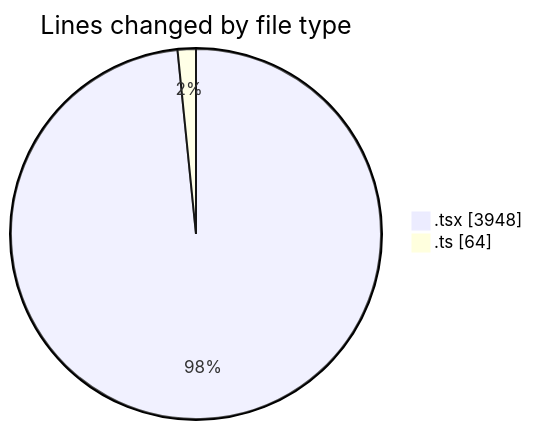
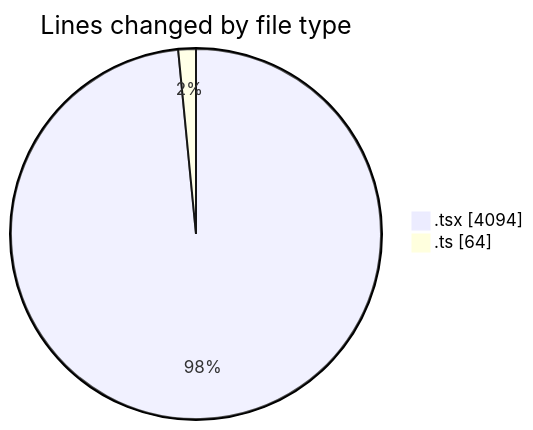
One commit to nxtqubesakshisongat/code-tracking changed the first of 2 diagrams in 2026-04-09/airfeed-analytics-dashboard/README.md. Above: the diagram before and after it, drawn with Mermaid. The commit also changed other lines of this file and 1 other file, not shown here.

````diff
--- a/2026-04-09/airfeed-analytics-dashboard/README.md
+++ b/2026-04-09/airfeed-analytics-dashboard/README.md
@@ -34,6 +35,6 @@
 ```mermaid
 pie showData
 title Lines changed by file type
-".tsx" : 3948
+".tsx" : 4094
 ".ts" : 64
 ```
````
